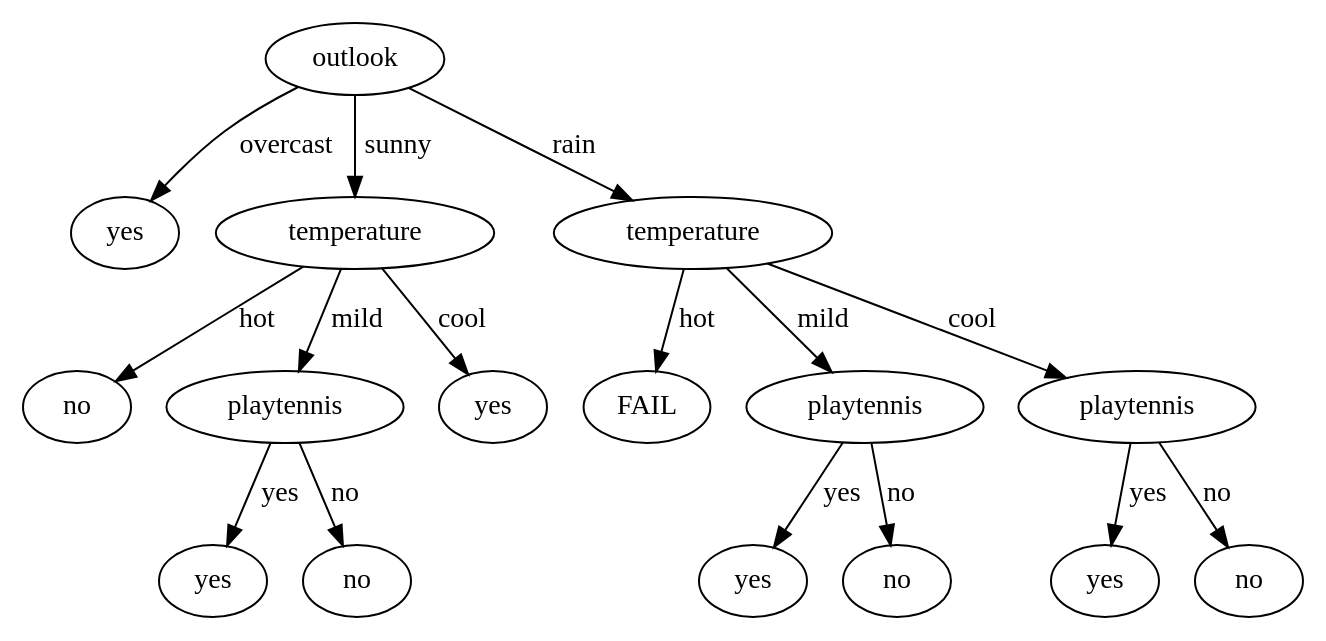
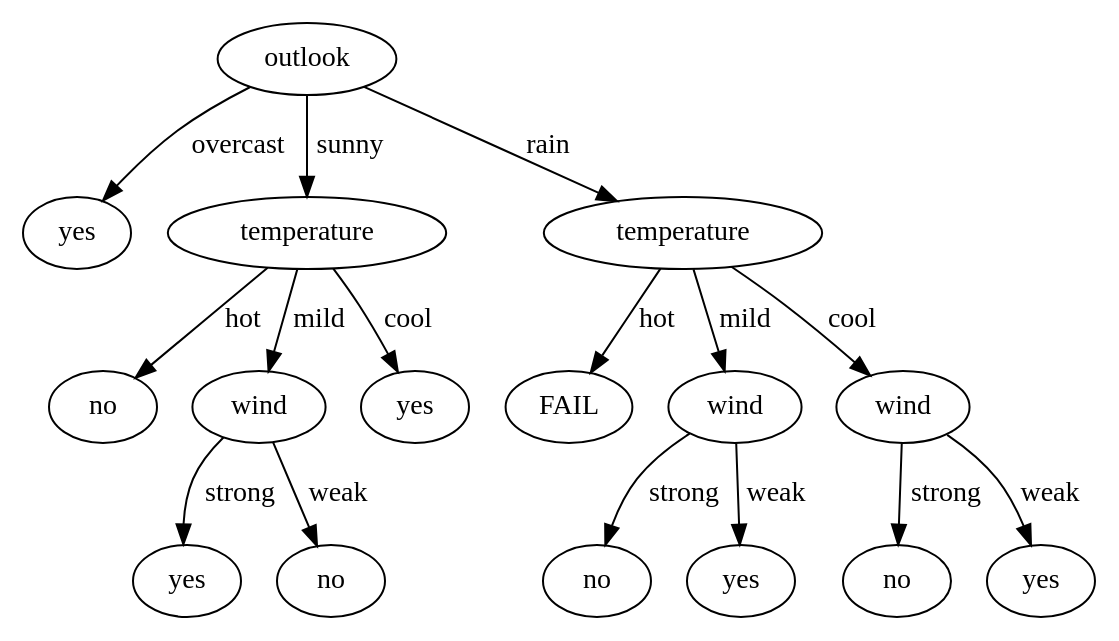
The diagram in tennis.dot (aaaaaiiiii/homework4), drawn with Graphviz before and after one commit. The commit also changed 2 other files, not shown here.

```diff
--- a/tennis.dot
+++ b/tennis.dot
@@ -1,34 +1,34 @@
 digraph {
-226324419046426587253544997252852456400 [label=outlook]
-202644483669009518518121551081099336349 [label=yes]
-41566007258362960523641636623269387591 [label=temperature]
-288210187607396509831182776080595680757 [label=no]
-154103509964388260410681079111452579669 [label=playtennis]
-27378070008829527479183211469091525998 [label=yes]
-45089024657943475707287527340998599863 [label=no]
-227412483829090145048516325313014193022 [label=yes]
-21636177805662662086612535616012606041 [label=temperature]
-50911923977448844214749776024092278055 [label=FAIL]
-65631473084585847867504323393367168323 [label=playtennis]
-77623029889175653726028630709247171868 [label=yes]
-274326910676158241241839492495966367145 [label=no]
-136724021783344390035098543766136909661 [label=playtennis]
-119593054890356880363352153078965210915 [label=yes]
-20455233949721661149188443072616866963 [label=no]
-226324419046426587253544997252852456400 -> 202644483669009518518121551081099336349 [label=overcast] 
-226324419046426587253544997252852456400 -> 41566007258362960523641636623269387591 [label=sunny] 
-41566007258362960523641636623269387591 -> 288210187607396509831182776080595680757 [label=hot] 
-41566007258362960523641636623269387591 -> 154103509964388260410681079111452579669 [label=mild] 
-154103509964388260410681079111452579669 -> 27378070008829527479183211469091525998 [label=yes] 
-154103509964388260410681079111452579669 -> 45089024657943475707287527340998599863 [label=no] 
-41566007258362960523641636623269387591 -> 227412483829090145048516325313014193022 [label=cool] 
-226324419046426587253544997252852456400 -> 21636177805662662086612535616012606041 [label=rain] 
-21636177805662662086612535616012606041 -> 50911923977448844214749776024092278055 [label=hot] 
-21636177805662662086612535616012606041 -> 65631473084585847867504323393367168323 [label=mild] 
-65631473084585847867504323393367168323 -> 77623029889175653726028630709247171868 [label=yes] 
-65631473084585847867504323393367168323 -> 274326910676158241241839492495966367145 [label=no] 
-21636177805662662086612535616012606041 -> 136724021783344390035098543766136909661 [label=cool] 
-136724021783344390035098543766136909661 -> 119593054890356880363352153078965210915 [label=yes] 
-136724021783344390035098543766136909661 -> 20455233949721661149188443072616866963 [label=no] 
+2879201542718231628971539358106267804 [label=outlook]
+29407735005321861865810873097552426947 [label=yes]
+204390235311441042399527715417373595296 [label=temperature]
+185776055795427608636286939614647282452 [label=no]
+17232427848899194186043025015588327014 [label=wind]
+128281044437994253121196087231667571955 [label=yes]
+204566701358406912775136404566748064147 [label=no]
+82243969497654399432276156547367129660 [label=yes]
+293719443327946751042174461541462492201 [label=temperature]
+321600721662942210234703746804527566603 [label=FAIL]
+59886410798001684036382439631050951863 [label=wind]
+201484230453060890479809051643820772089 [label=no]
+108862976605976190601562653066560231647 [label=yes]
+312758388755042853631655429396250436563 [label=wind]
+243311069289642050072338856916190232205 [label=no]
+131863348943047045431745140017595916050 [label=yes]
+2879201542718231628971539358106267804 -> 29407735005321861865810873097552426947 [label=overcast] 
+2879201542718231628971539358106267804 -> 204390235311441042399527715417373595296 [label=sunny] 
+204390235311441042399527715417373595296 -> 185776055795427608636286939614647282452 [label=hot] 
+204390235311441042399527715417373595296 -> 17232427848899194186043025015588327014 [label=mild] 
+17232427848899194186043025015588327014 -> 128281044437994253121196087231667571955 [label=strong] 
+17232427848899194186043025015588327014 -> 204566701358406912775136404566748064147 [label=weak] 
+204390235311441042399527715417373595296 -> 82243969497654399432276156547367129660 [label=cool] 
+2879201542718231628971539358106267804 -> 293719443327946751042174461541462492201 [label=rain] 
+293719443327946751042174461541462492201 -> 321600721662942210234703746804527566603 [label=hot] 
+293719443327946751042174461541462492201 -> 59886410798001684036382439631050951863 [label=mild] 
+59886410798001684036382439631050951863 -> 201484230453060890479809051643820772089 [label=strong] 
+59886410798001684036382439631050951863 -> 108862976605976190601562653066560231647 [label=weak] 
+293719443327946751042174461541462492201 -> 312758388755042853631655429396250436563 [label=cool] 
+312758388755042853631655429396250436563 -> 243311069289642050072338856916190232205 [label=strong] 
+312758388755042853631655429396250436563 -> 131863348943047045431745140017595916050 [label=weak] 
 
 }
```
